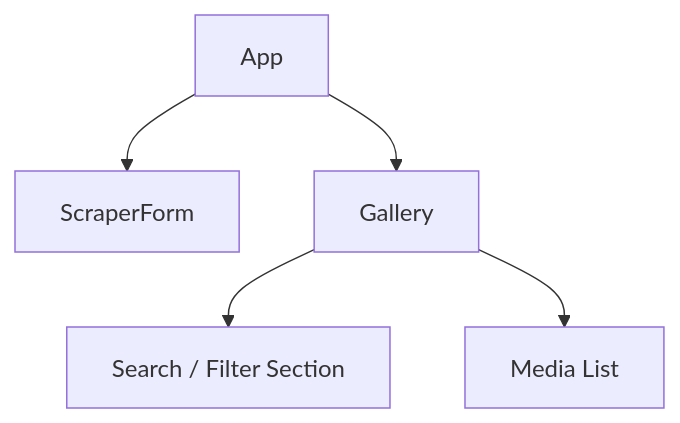
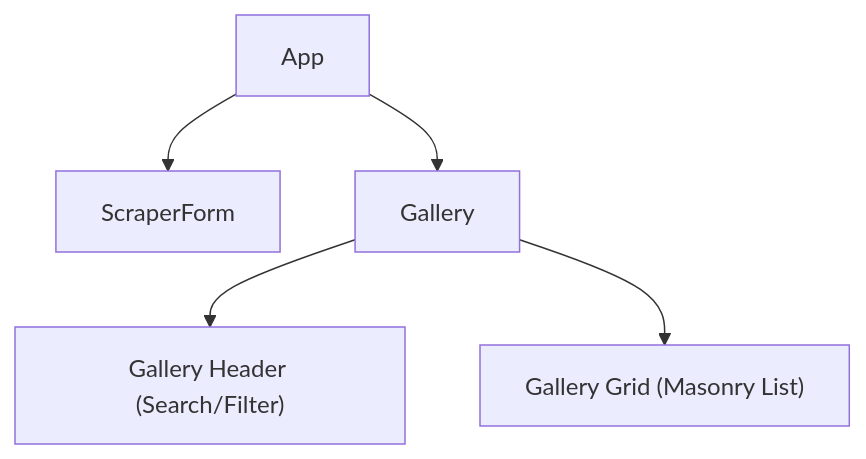
One commit to ngophuongha/media-scraper changed the first of 3 diagrams in docs/frontend-design.md. Above: the diagram before and after it, drawn with Mermaid. The commit also changed other lines of this file and 39 other files, not shown here.

````diff
--- a/docs/frontend-design.md
+++ b/docs/frontend-design.md
@@ -55,7 +40,7 @@
 ```mermaid
 graph TD
     App --> ScraperForm
     App --> Gallery
-    Gallery --> SearchFilter["Search / Filter Section"]
-    Gallery --> MediaList["Media List"]
+    Gallery --> GalleryHeader["Gallery Header (Search/Filter)"]
+    Gallery --> GalleryGrid["Gallery Grid (Masonry List)"]
 ```
````
